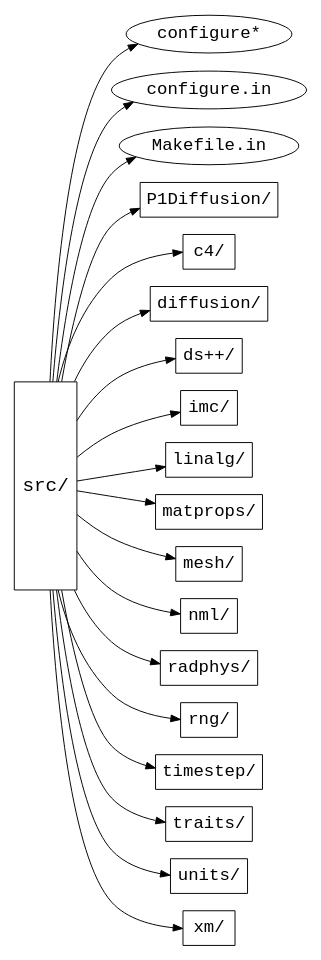
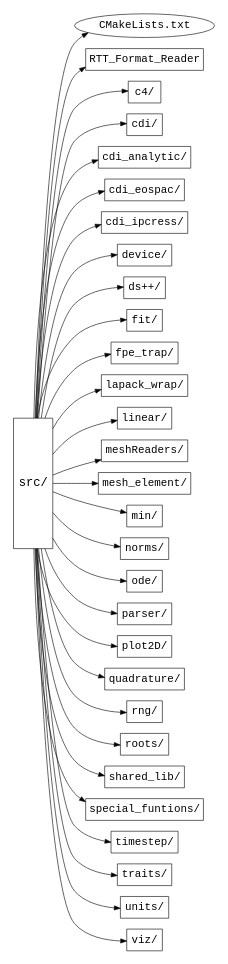
The diagram in doc/build/fig/src_src.dot (warsa/Draco), drawn with Graphviz before and after one commit. The commit also changed 39 other files, not shown here.

```diff
--- a/doc/build/fig/src_src.dot
+++ b/doc/build/fig/src_src.dot
@@ -1,46 +1,58 @@
 /* Time-stamp: <99/02/01 15:45:27 tme> */
 
 digraph source_tree {
   /* graph attributes */
     center=1;
     margin=".25,.25";
     size="6.5,9";
     rankdir=LR;
     
   /* main directories */
 
   /* .. level */
     node [fontname=Courier];
     
     src  [label="src/", fontsize=20, shape=box, height=3];
 
   /* draco/ level */
     node [fontsize=18];
     {
 	node    [shape=ellipse];
-	src_c   [label="configure*"];
-	src_cin [label="configure.in"];
-	src_m   [label="Makefile.in"];
+	src_cml [label="CMakeLists.txt"];
 
 	node     [shape=box];
-	p1diff   [label="P1Diffusion/"];
+    rttfr    [label="RTT_Format_Reader"];
 	c4       [label="c4/"];
-	diff     [label="diffusion/"];
+	cdi      [label="cdi/"];
+	cdia     [label="cdi_analytic/"];
+	cdie     [label="cdi_eospac/"];
+	cdii     [label="cdi_ipcress/"];
+    device   [label="device/"];
 	dsxx     [label="ds++/"];
-	imc      [label="imc/"];
-	linalg   [label="linalg/"];
-	mat      [label="matprops/"];	
-	mesh     [label="mesh/"];
-	nml      [label="nml/"];
-	radphys  [label="radphys/"];
+    fit      [label="fit/"];
+    fpetrap  [label="fpe_trap/"];
+    lapackwrap [label="lapack_wrap/"];
+    linear   [label="linear/"];
+    meshread [label="meshReaders/"];
+    meshele  [label="mesh_element/"];
+    min      [label="min/"];
+    norms    [label="norms/"];
+    ode      [label="ode/"];
+    parser   [label="parser/"];
+    plot2D   [label="plot2D/"];
+    quadrature[label="quadrature/"];
 	rng      [label="rng/"];
+    roots    [label="roots/"];
+    sharedlib [label="shared_lib/"];
+    sf       [label="special_funtions/"];
 	timestep [label="timestep/"];
 	traits   [label="traits/"];
 	units    [label="units/"];
-	xm       [label="xm/"];
+	viz      [label="viz/"];
     }
     
   /* tree */
-    src -> {src_c src_cin src_m p1diff c4 diff dsxx imc linalg mat mesh nml
-		radphys rng timestep traits units xm};
+    src -> {src_cml rttfr c4 cdi cdia cdie cdii device dsxx fit fpetrap lapackwrap linear
+            meshread meshele min norms ode parser plot2D quadrature rng roots sharedlib
+            sf timestep traits units viz };
 }
```
